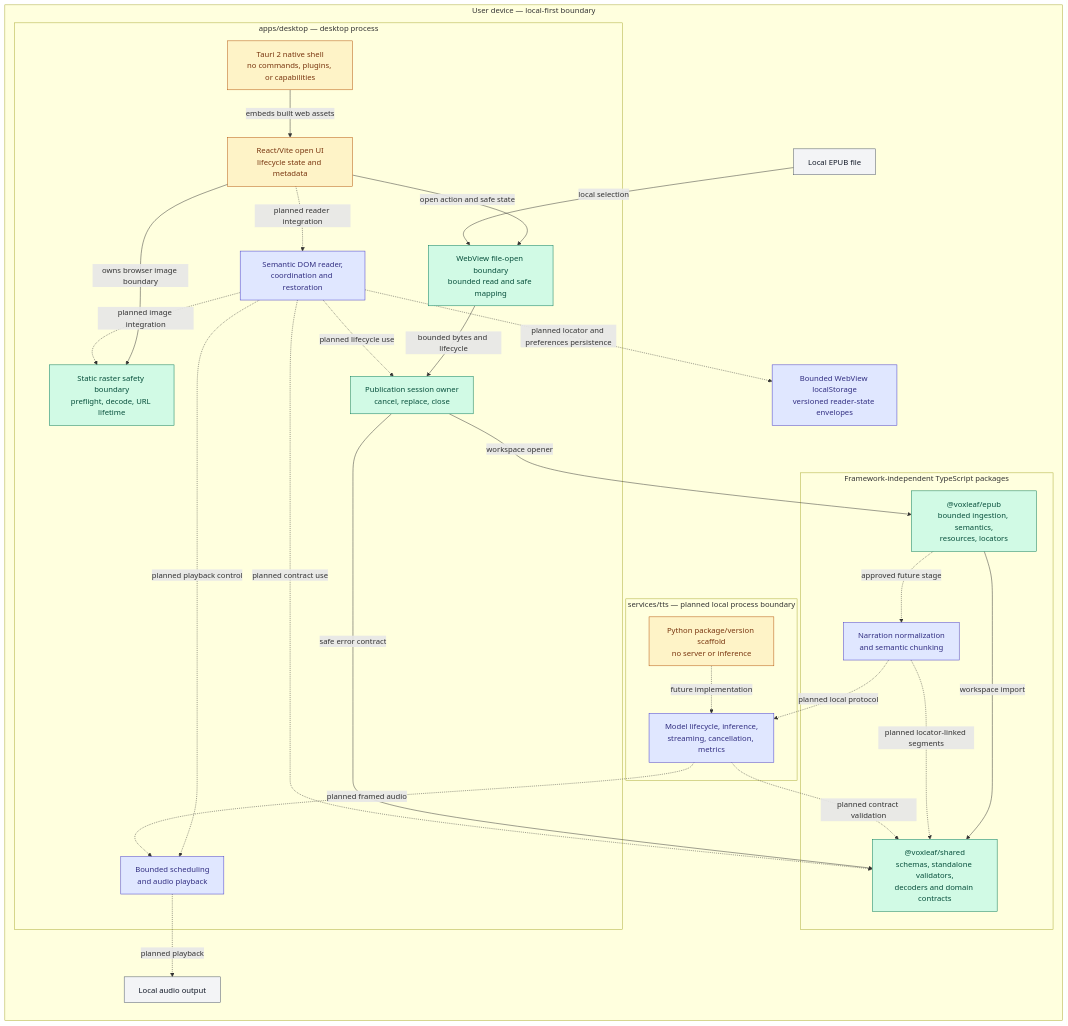
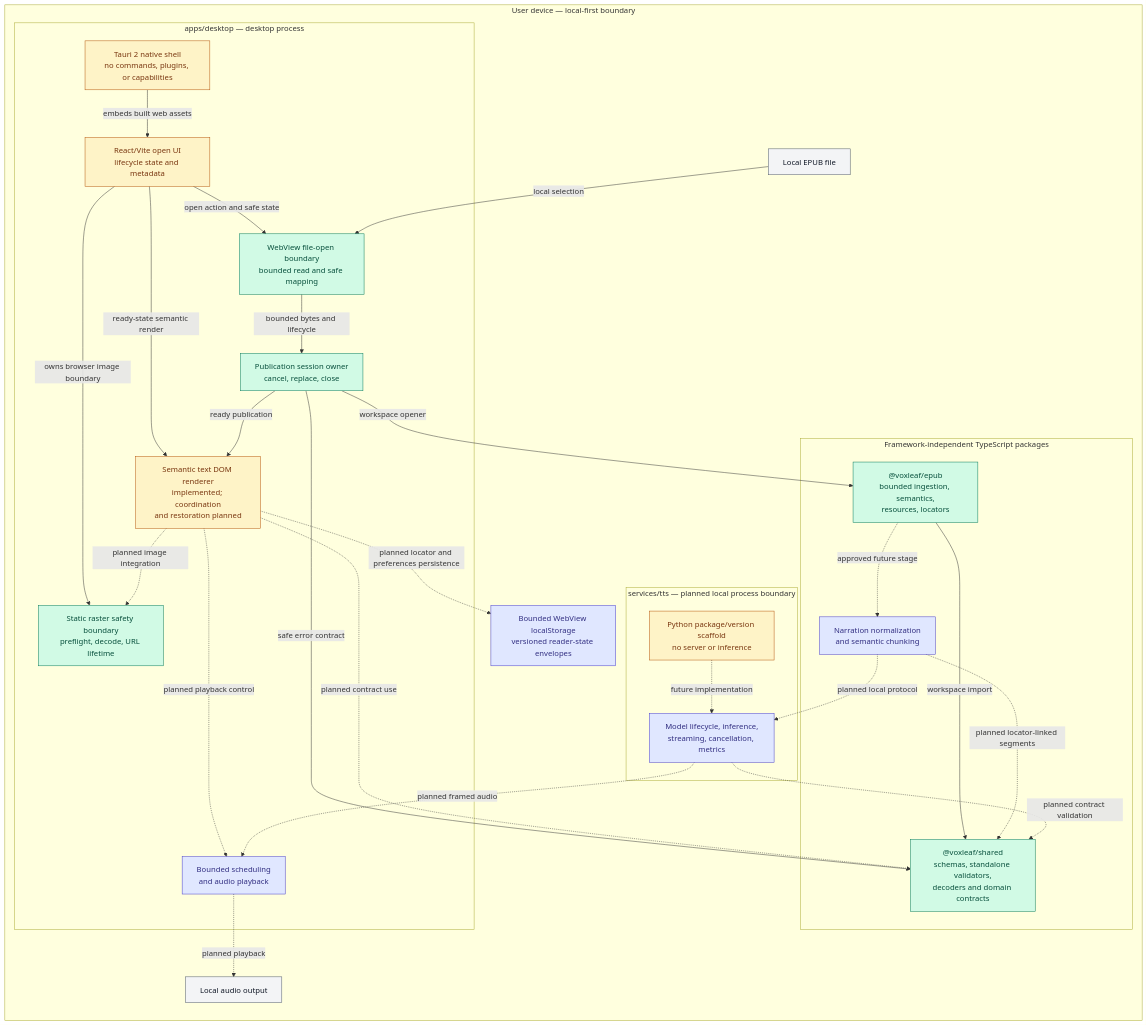
Before and after one commit to mmjosedaniel/voxleaf: the first of 2 diagrams in docs/architecture/system-diagram.md, drawn with Mermaid. The commit also changed other lines of this file and 9 other files, not shown here.

Commit message:
Render semantic EPUB text structure (#56)

````diff
--- a/docs/architecture/system-diagram.md
+++ b/docs/architecture/system-diagram.md
@@ -24,56 +24,56 @@
 ```mermaid
 flowchart LR
   classDef implemented fill:#d1fae5,stroke:#047857,color:#064e3b
   classDef partial fill:#fef3c7,stroke:#b45309,color:#78350f
   classDef planned fill:#e0e7ff,stroke:#4338ca,color:#312e81
   classDef external fill:#f3f4f6,stroke:#4b5563,color:#111827
 
   subgraph device["User device — local-first boundary"]
     epubFile["Local EPUB file"]:::external
     audioDevice["Local audio output"]:::external
     readingStore["Bounded WebView localStorage<br/>versioned reader-state envelopes"]:::planned
 
     subgraph desktop["apps/desktop — desktop process"]
       nativeShell["Tauri 2 native shell<br/>no commands, plugins, or capabilities"]:::partial
       webShell["React/Vite open UI<br/>lifecycle state and metadata"]:::partial
       fileBoundary["WebView file-open boundary<br/>bounded read and safe mapping"]:::implemented
       rasterBoundary["Static raster safety boundary<br/>preflight, decode, URL lifetime"]:::implemented
       publicationSession["Publication session owner<br/>cancel, replace, close"]:::implemented
-      reader["Semantic DOM reader,<br/>coordination and restoration"]:::planned
+      reader["Semantic text DOM renderer<br/>implemented; coordination<br/>and restoration planned"]:::partial
       player["Bounded scheduling<br/>and audio playback"]:::planned
       nativeShell -->|embeds built web assets| webShell
       webShell -->|open action and safe state| fileBoundary
       webShell -->|owns browser image boundary| rasterBoundary
-      webShell -. planned reader integration .-> reader
+      webShell -->|ready-state semantic render| reader
       fileBoundary -->|bounded bytes and lifecycle| publicationSession
-      reader -. planned lifecycle use .-> publicationSession
+      publicationSession -->|ready publication| reader
       reader -. planned image integration .-> rasterBoundary
       reader -. planned playback control .-> player
     end
 
     subgraph libraries["Framework-independent TypeScript packages"]
       shared["@voxleaf/shared<br/>schemas, standalone validators,<br/>decoders and domain contracts"]:::implemented
       epub["@voxleaf/epub<br/>bounded ingestion, semantics,<br/>resources, locators"]:::implemented
       narration["Narration normalization<br/>and semantic chunking"]:::planned
       epub -->|workspace import| shared
       epub -. approved future stage .-> narration
     end
 
     subgraph tts["services/tts — planned local process boundary"]
       ttsFoundation["Python package/version scaffold<br/>no server or inference"]:::partial
       ttsRuntime["Model lifecycle, inference,<br/>streaming, cancellation, metrics"]:::planned
       ttsFoundation -. future implementation .-> ttsRuntime
     end
   end
 
   epubFile -->|local selection| fileBoundary
   publicationSession -->|workspace opener| epub
   publicationSession -->|safe error contract| shared
   reader -. planned contract use .-> shared
   reader -. planned locator and preferences persistence .-> readingStore
   narration -. planned locator-linked segments .-> shared
   narration -. planned local protocol .-> ttsRuntime
   ttsRuntime -. planned contract validation .-> shared
   ttsRuntime -. planned framed audio .-> player
   player -. planned playback .-> audioDevice
 ```
````
